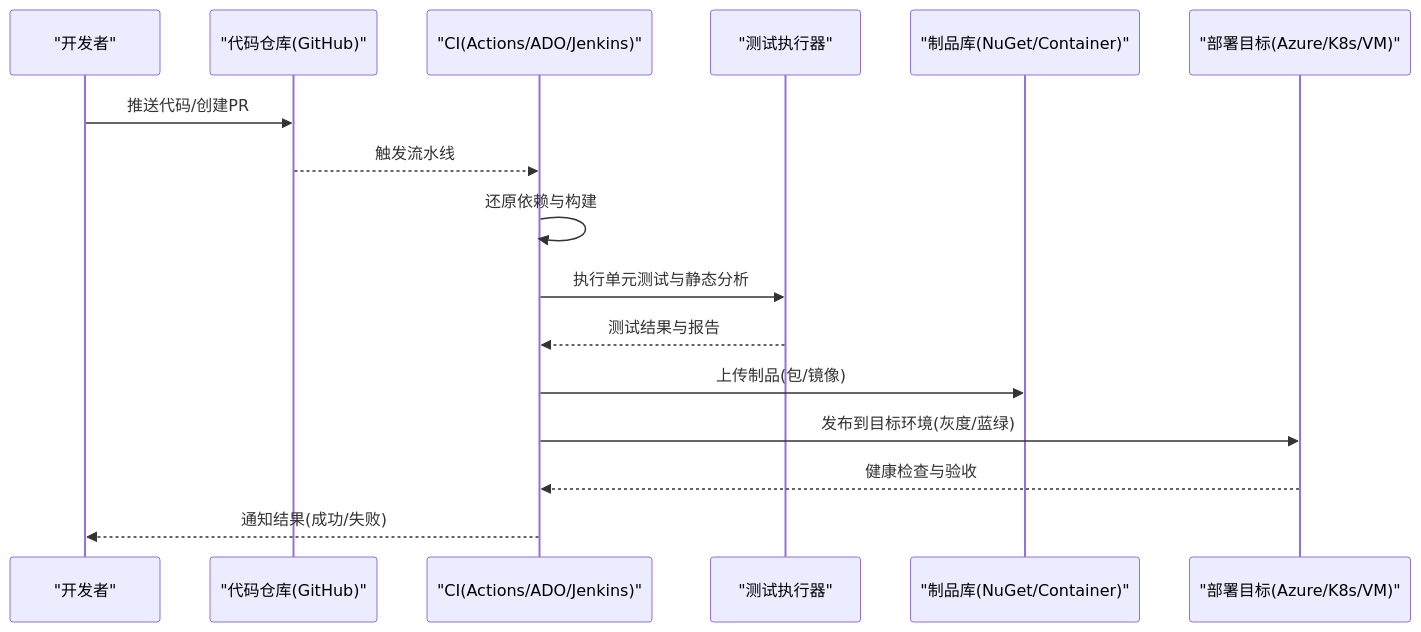
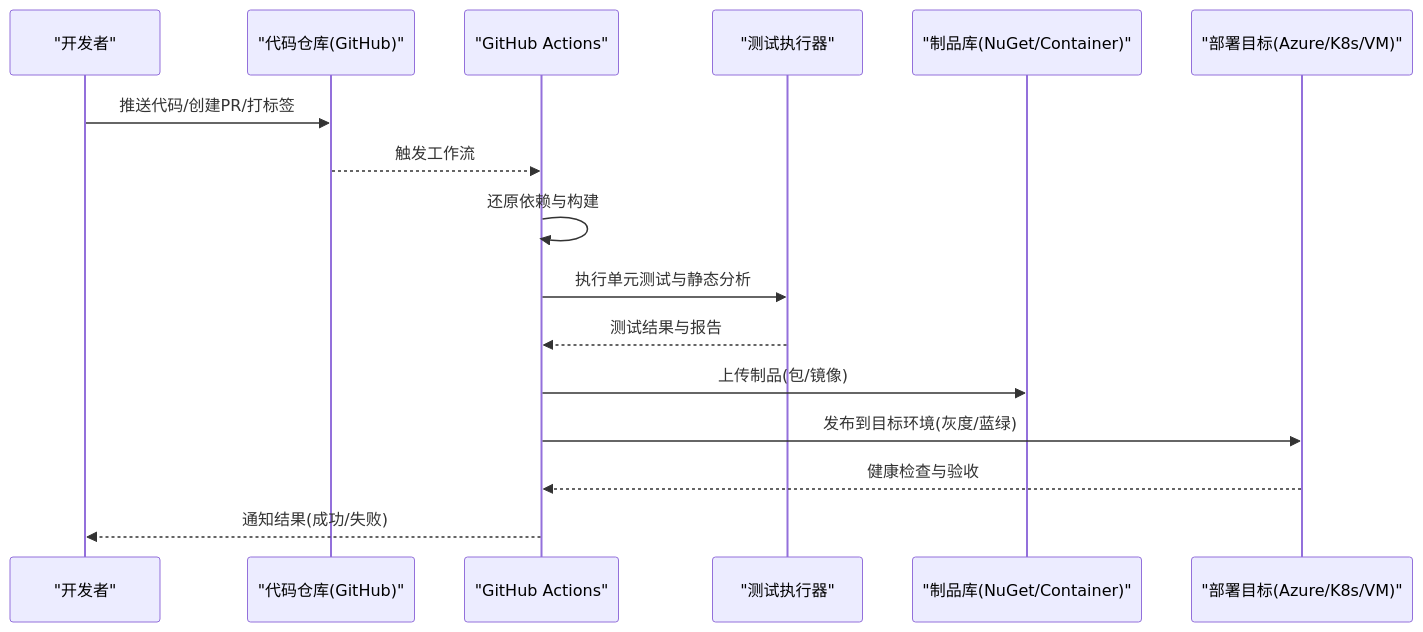
The second of 3 diagrams in .qoder/repowiki/zh/content/部署与发布/CI_CD流水线配置.md (alivy/AutoCode), drawn with Mermaid before and after one commit. The commit also changed other lines of this file and 38 other files, not shown here.

````diff
--- a/.qoder/repowiki/zh/content/部署与发布/CI_CD流水线配置.md
+++ b/.qoder/repowiki/zh/content/部署与发布/CI_CD流水线配置.md
@@ -97,18 +119,18 @@
 ```mermaid
 sequenceDiagram
 participant Dev as "开发者"
 participant GH as "代码仓库(GitHub)"
-participant CI as "CI(Actions/ADO/Jenkins)"
+participant CI as "GitHub Actions"
 participant Test as "测试执行器"
 participant Art as "制品库(NuGet/Container)"
 participant Deploy as "部署目标(Azure/K8s/VM)"
-Dev->>GH : 推送代码/创建PR
-GH-->>CI : 触发流水线
+Dev->>GH : 推送代码/创建PR/打标签
+GH-->>CI : 触发工作流
 CI->>CI : 还原依赖与构建
 CI->>Test : 执行单元测试与静态分析
 Test-->>CI : 测试结果与报告
 CI->>Art : 上传制品(包/镜像)
 CI->>Deploy : 发布到目标环境(灰度/蓝绿)
 Deploy-->>CI : 健康检查与验收
 CI-->>Dev : 通知结果(成功/失败)
 ```
````
